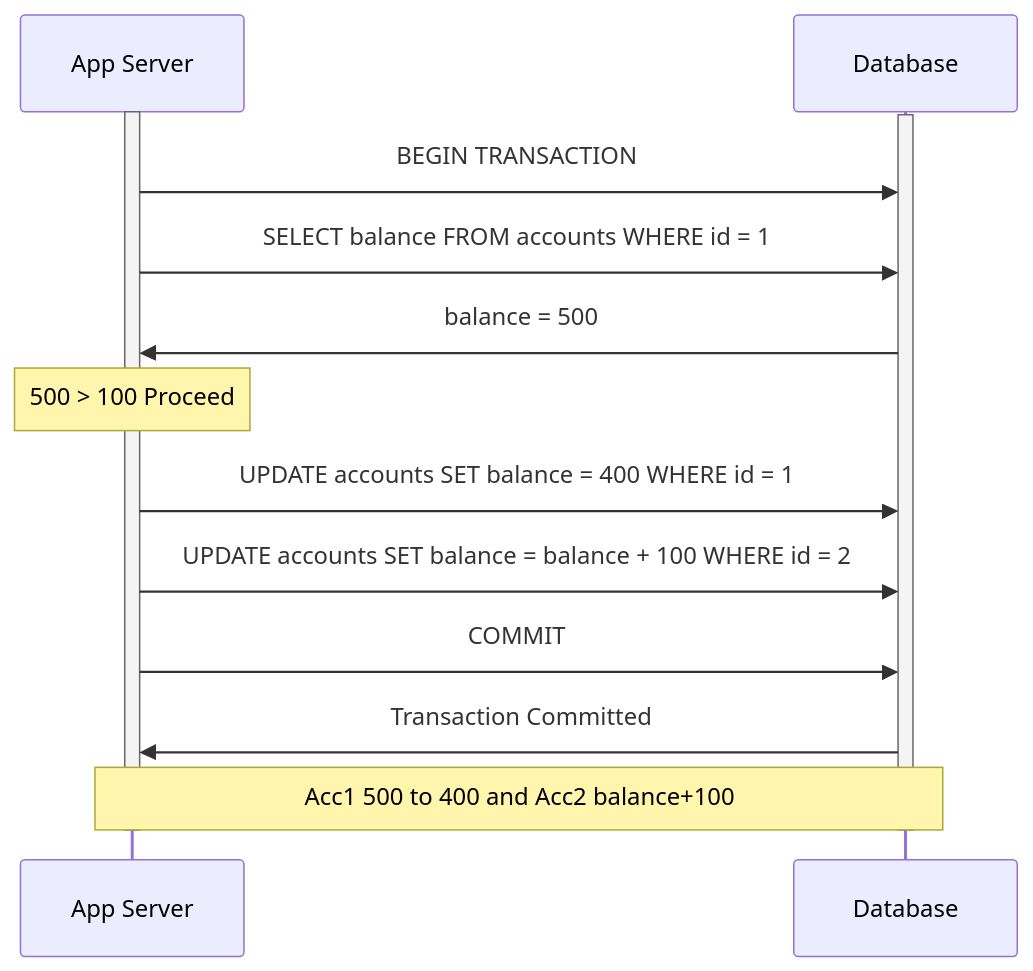
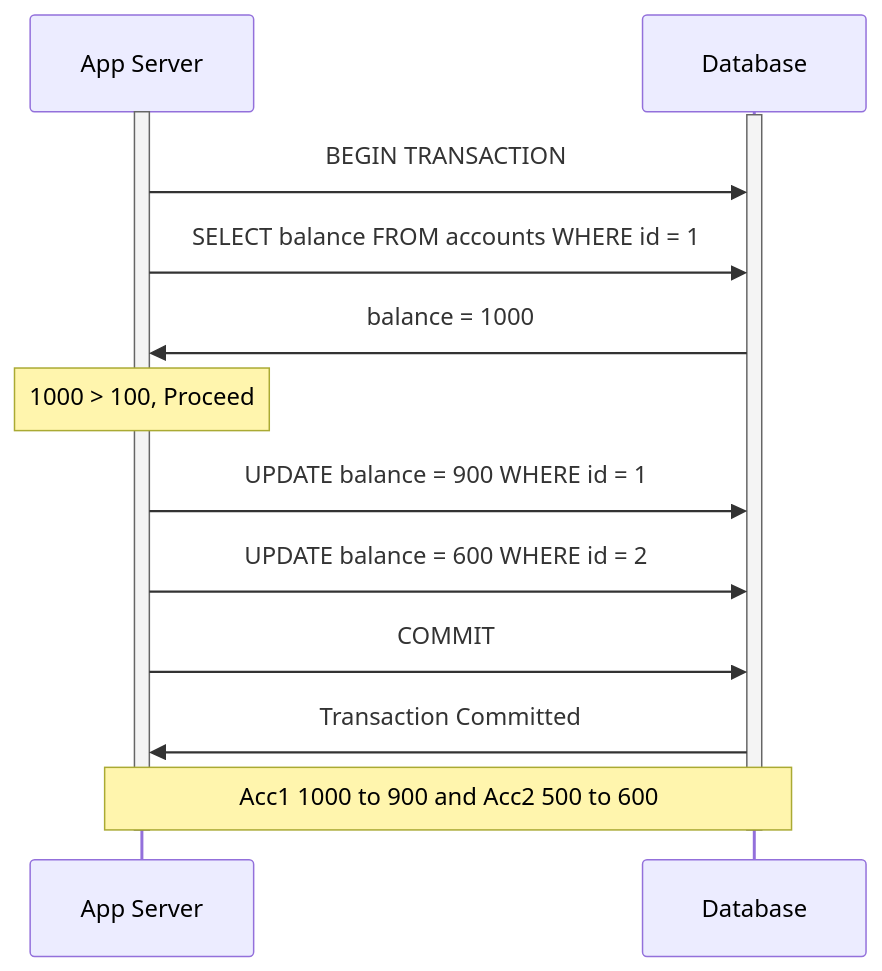
Before and after one commit to Patel-Neel-346/Notes: the fourth of 4 diagrams in Database/ACID/Transaction.md, drawn with Mermaid. The commit also changed other lines of this file and 2 other files, not shown here.

````diff
--- a/Database/ACID/Transaction.md
+++ b/Database/ACID/Transaction.md
@@ -117,19 +183,19 @@
 ```mermaid
 sequenceDiagram
 participant app as App Server
 participant db as Database
 
 activate app
 activate db
 app->>db: BEGIN TRANSACTION
 app->>db: SELECT balance FROM accounts WHERE id = 1
-db->>app: balance = 500
-Note over app: 500 > 100 Proceed
-app->>db: UPDATE accounts SET balance = 400 WHERE id = 1
-app->>db: UPDATE accounts SET balance = balance + 100 WHERE id = 2
+db->>app: balance = 1000
+Note over app: 1000 > 100, Proceed
+app->>db: UPDATE balance = 900 WHERE id = 1
+app->>db: UPDATE balance = 600 WHERE id = 2
 app->>db: COMMIT
 db->>app: Transaction Committed
-Note over app,db: Acc1 500 to 400 and Acc2 balance+100
+Note over app,db: Acc1 1000 to 900 and Acc2 500 to 600
 deactivate app
 deactivate db
 ```
````
